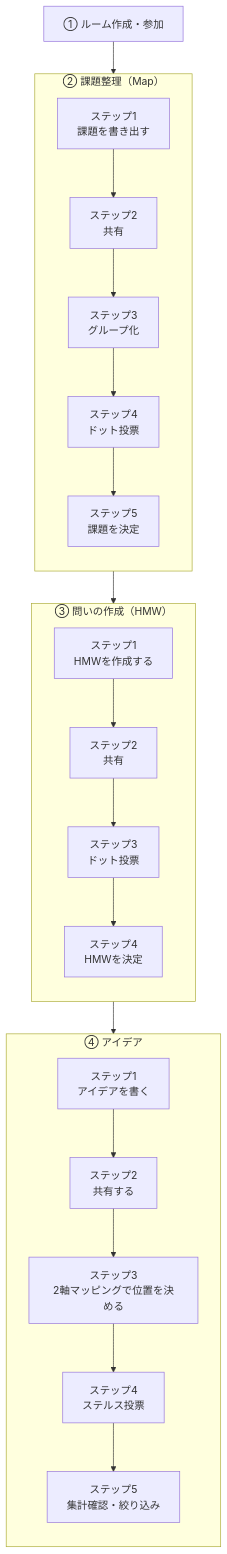
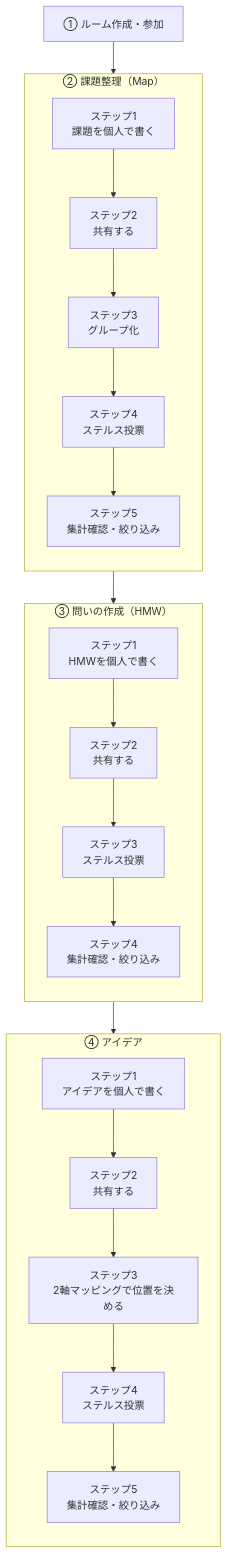
The diagram in docs/ds-feature-matrix.md (engineer-first/idea-flow-app), drawn with Mermaid before and after one commit. The commit also changed other lines of this file and 5 other files, not shown here.

````diff
--- a/docs/ds-feature-matrix.md
+++ b/docs/ds-feature-matrix.md
@@ -9,43 +9,43 @@
 ```mermaid
 flowchart TD
 
 A[① ルーム作成・参加]
 
 A --> C
 
 subgraph C["② 課題整理（Map）"]
 direction TB
-C1[ステップ1<br>課題を書き出す]
-C2[ステップ2<br>共有]
+C1[ステップ1<br>課題を個人で書く]
+C2[ステップ2<br>共有する]
 C3[ステップ3<br>グループ化]
-C4[ステップ4<br>ドット投票]
-C5[ステップ5<br>課題を決定]
+C4[ステップ4<br>ステルス投票]
+C5[ステップ5<br>集計確認・絞り込み]
 
 C1 --> C2 --> C3 --> C4 --> C5
 end
 
 C --> D
 
 subgraph D["③ 問いの作成（HMW）"]
 direction TB
-D1[ステップ1<br>HMWを作成する]
-D2[ステップ2<br>共有]
-D3[ステップ3<br>ドット投票]
-D4[ステップ4<br>HMWを決定]
+D1[ステップ1<br>HMWを個人で書く]
+D2[ステップ2<br>共有する]
+D3[ステップ3<br>ステルス投票]
+D4[ステップ4<br>集計確認・絞り込み]
 
 D1 --> D2 --> D3 --> D4
 end
 
 D --> E
 
 subgraph E["④ アイデア"]
 direction TB
-E1[ステップ1<br>アイデアを書く]
+E1[ステップ1<br>アイデアを個人で書く]
 E2[ステップ2<br>共有する]
 E3[ステップ3<br>2軸マッピングで位置を決める]
 E4[ステップ4<br>ステルス投票]
 E5[ステップ5<br>集計確認・絞り込み]
 
 E1 --> E2 --> E3 --> E4 --> E5
 end
 ```
````
